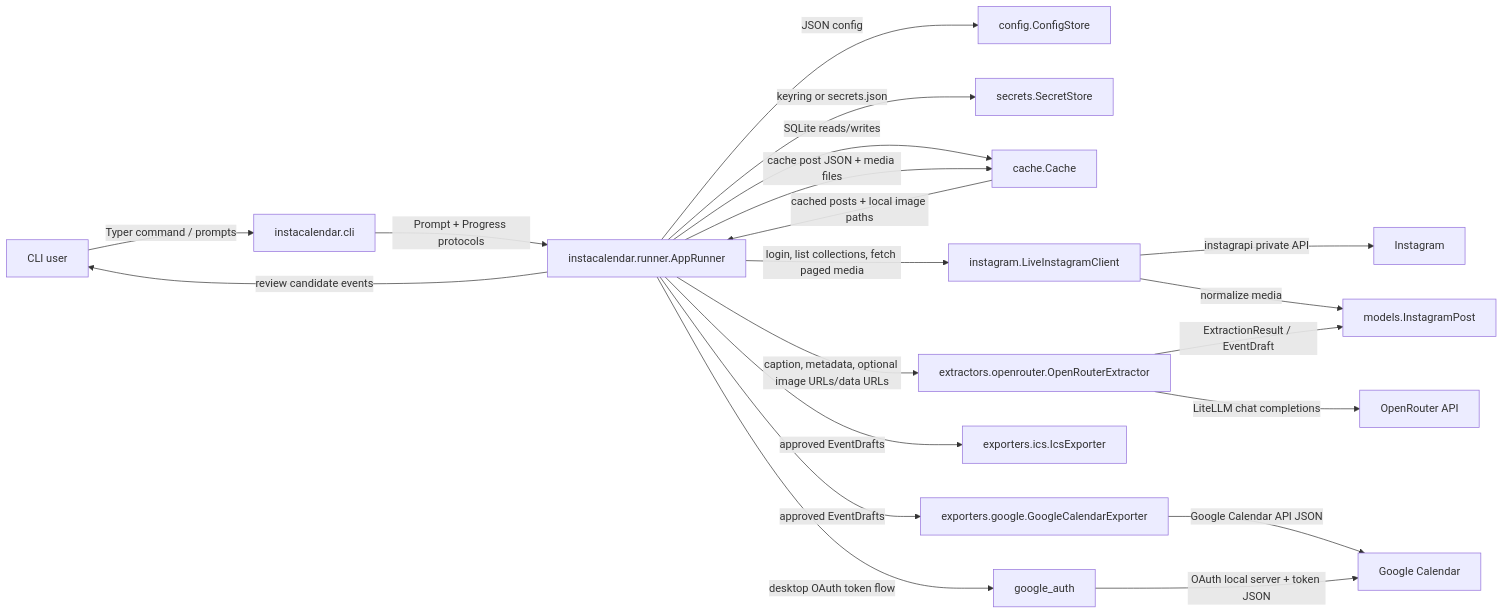
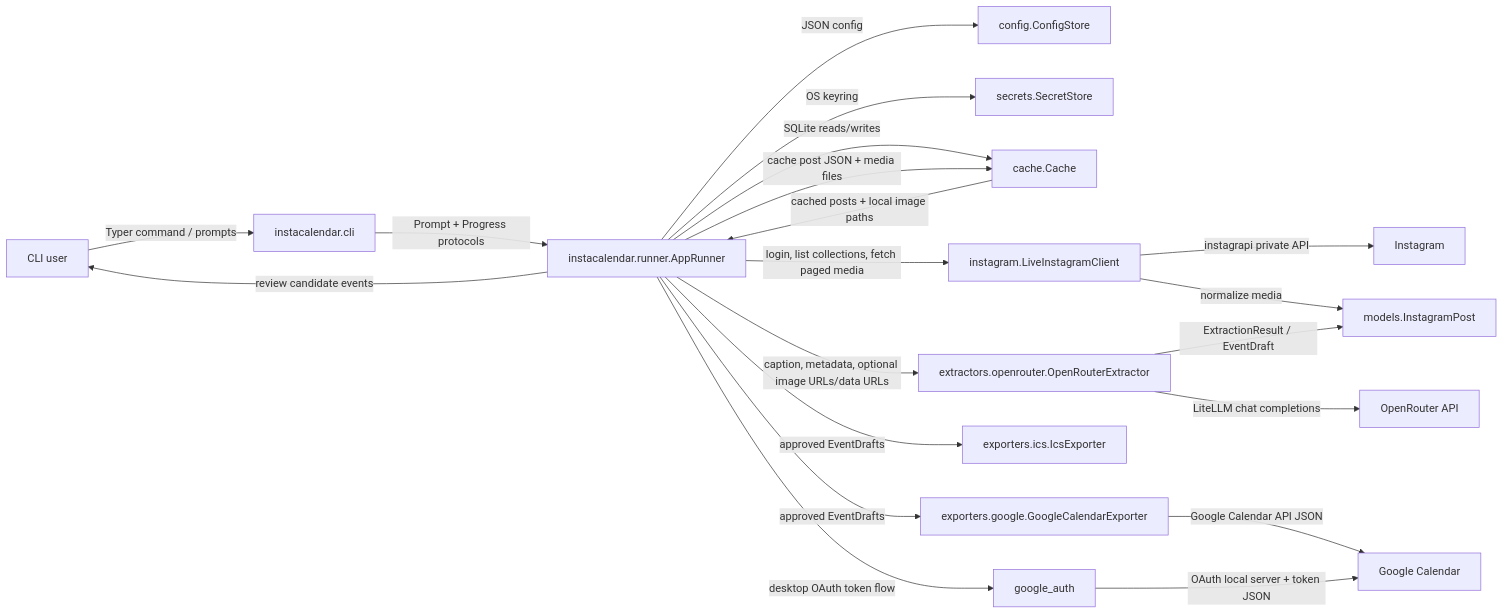
One commit to lkoelman/instacalendar changed the diagram in ARCHITECTURE.md. Above: the diagram before and after it, drawn with Mermaid. The commit also changed other lines of this file and 5 other files, not shown here.

````diff
--- a/ARCHITECTURE.md
+++ b/ARCHITECTURE.md
@@ -29,27 +29,27 @@
 ```mermaid
 graph LR
     User["CLI user"] -->|"Typer command / prompts"| CLI["instacalendar.cli"]
     CLI -->|"Prompt + Progress protocols"| Runner["instacalendar.runner.AppRunner"]
 
     Runner -->|"JSON config"| Config["config.ConfigStore"]
-    Runner -->|"keyring or secrets.json"| Secrets["secrets.SecretStore"]
+    Runner -->|"OS keyring"| Secrets["secrets.SecretStore"]
     Runner -->|"SQLite reads/writes"| Cache["cache.Cache"]
 
     Runner -->|"login, list collections, fetch paged media"| Instagram["instagram.LiveInstagramClient"]
     Instagram -->|"instagrapi private API"| InstagramAPI["Instagram"]
     Instagram -->|"normalize media"| Models["models.InstagramPost"]
 
     Runner -->|"cache post JSON + media files"| Cache
     Cache -->|"cached posts + local image paths"| Runner
 
     Runner -->|"caption, metadata, optional image URLs/data URLs"| OpenRouter["extractors.openrouter.OpenRouterExtractor"]
     OpenRouter -->|"LiteLLM chat completions"| OpenRouterAPI["OpenRouter API"]
     OpenRouter -->|"ExtractionResult / EventDraft"| Models
 
     Runner -->|"review candidate events"| User
     Runner -->|"approved EventDrafts"| ICS["exporters.ics.IcsExporter"]
     Runner -->|"approved EventDrafts"| GoogleExporter["exporters.google.GoogleCalendarExporter"]
     GoogleExporter -->|"Google Calendar API JSON"| GoogleAPI["Google Calendar"]
     Runner -->|"desktop OAuth token flow"| GoogleAuth["google_auth"]
     GoogleAuth -->|"OAuth local server + token JSON"| GoogleAPI
 ```
````
